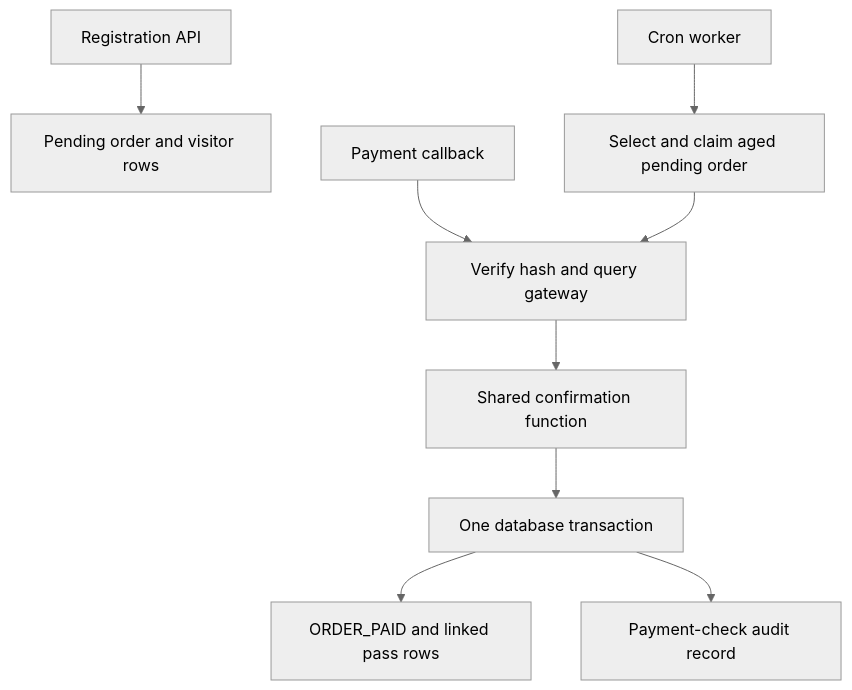
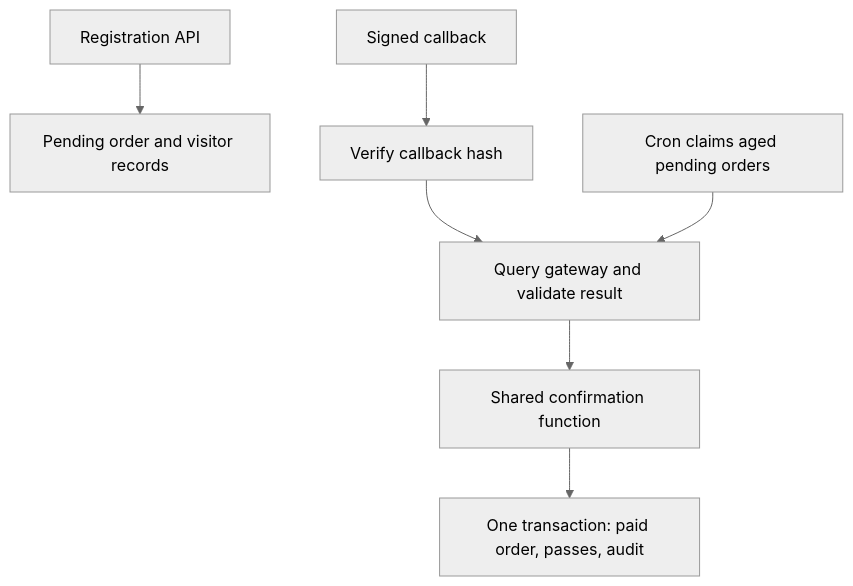
Before and after one commit to Jappynathaniel/payment-reconciliation-demo: the diagram in README.md, drawn with Mermaid (neutral theme). The commit also changed other lines of this file, not shown here.

````diff
--- a/README.md
+++ b/README.md
@@ -45,11 +32,9 @@
 ```mermaid
 flowchart TD
-    A["Registration API"] --> B["Pending order and visitor rows"]
-    C["Payment callback"] --> D["Verify hash and query gateway"]
-    E["Cron worker"] --> F["Select and claim aged pending order"]
-    F --> D
-    D --> G["Shared confirmation function"]
-    G --> H["One database transaction"]
-    H --> I["ORDER_PAID and linked pass rows"]
-    H --> J["Payment-check audit record"]
+    A["Registration API"] --> B["Pending order and visitor records"]
+    C["Signed callback"] --> D["Verify callback hash"]
+    D --> F["Query gateway and validate result"]
+    E["Cron claims aged pending orders"] --> F
+    F --> G["Shared confirmation function"]
+    G --> H["One transaction: paid order, passes, audit"]
 ```
````
